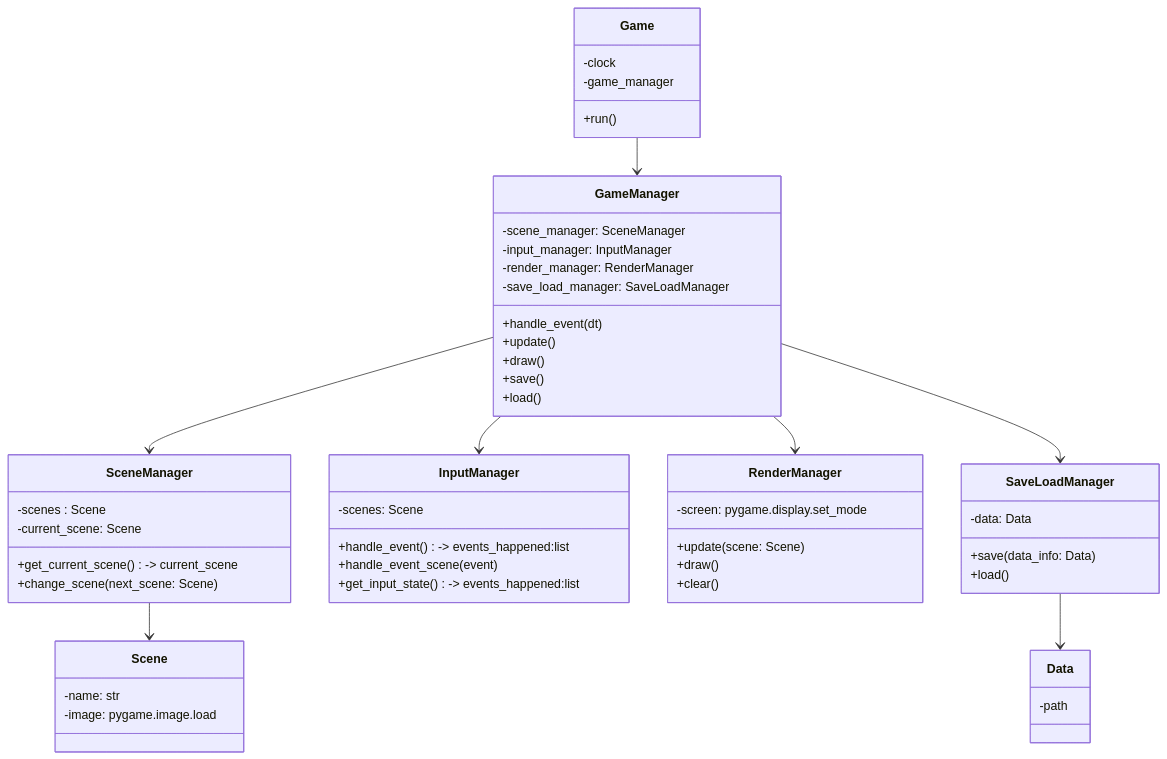
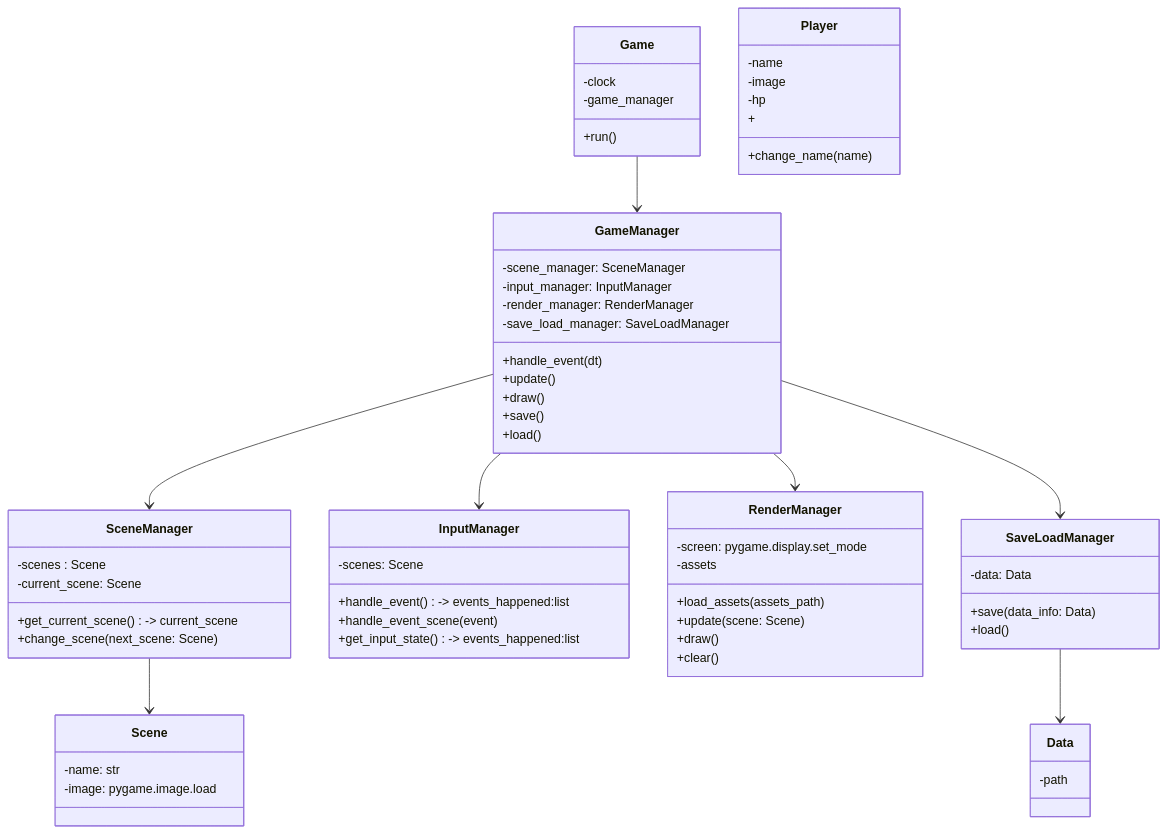
Before and after one commit to ymd20060720/my_project1: the diagram in other/game-architecture-diagram.md, drawn with Mermaid. The commit also changed 4 other files, not shown here.

```diff
--- a/other/game-architecture-diagram.md
+++ b/other/game-architecture-diagram.md
@@ -1,56 +1,65 @@
 :::mermaid
 classDiagram
     class Game {
         -clock
         -game_manager
         +run()
     }
     class GameManager {
         -scene_manager: SceneManager
         -input_manager: InputManager
         -render_manager: RenderManager
         -save_load_manager: SaveLoadManager
         +handle_event(dt)
         +update()
         +draw()
         +save()
         +load()
     }
     class SceneManager {
         -scenes : Scene
         -current_scene: Scene
         +get_current_scene() -> current_scene
         +change_scene(next_scene: Scene)
     }
     class InputManager {
         -scenes: Scene
         +handle_event() -> events_happened:list
         +handle_event_scene(event)
         +get_input_state() -> events_happened:list
     }
     class RenderManager {
         -screen: pygame.display.set_mode
+        -assets
+        +load_assets(assets_path)
         +update(scene: Scene)
         +draw()
         +clear()
     }
     class SaveLoadManager {
         -data: Data
         +save(data_info: Data)
         +load()
     }
     class Scene {
         -name: str
         -image: pygame.image.load
     }
+    class Player{
+        -name
+        -image
+        -hp
+        +change_name(name)
+        +
+    }
     class Data{
         -path
     }
     Game --> GameManager
     GameManager --> SceneManager
     GameManager --> InputManager
     GameManager --> RenderManager
     GameManager --> SaveLoadManager
     SceneManager --> Scene
     SaveLoadManager --> Data
 :::
```
